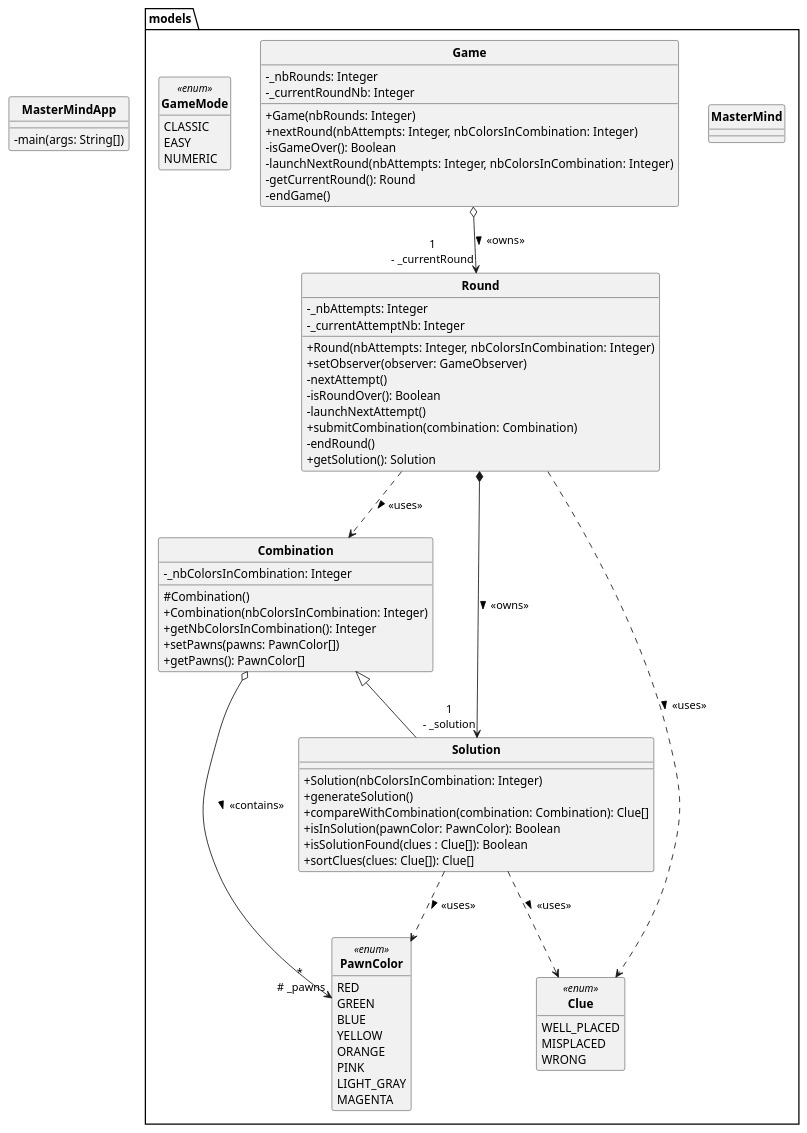
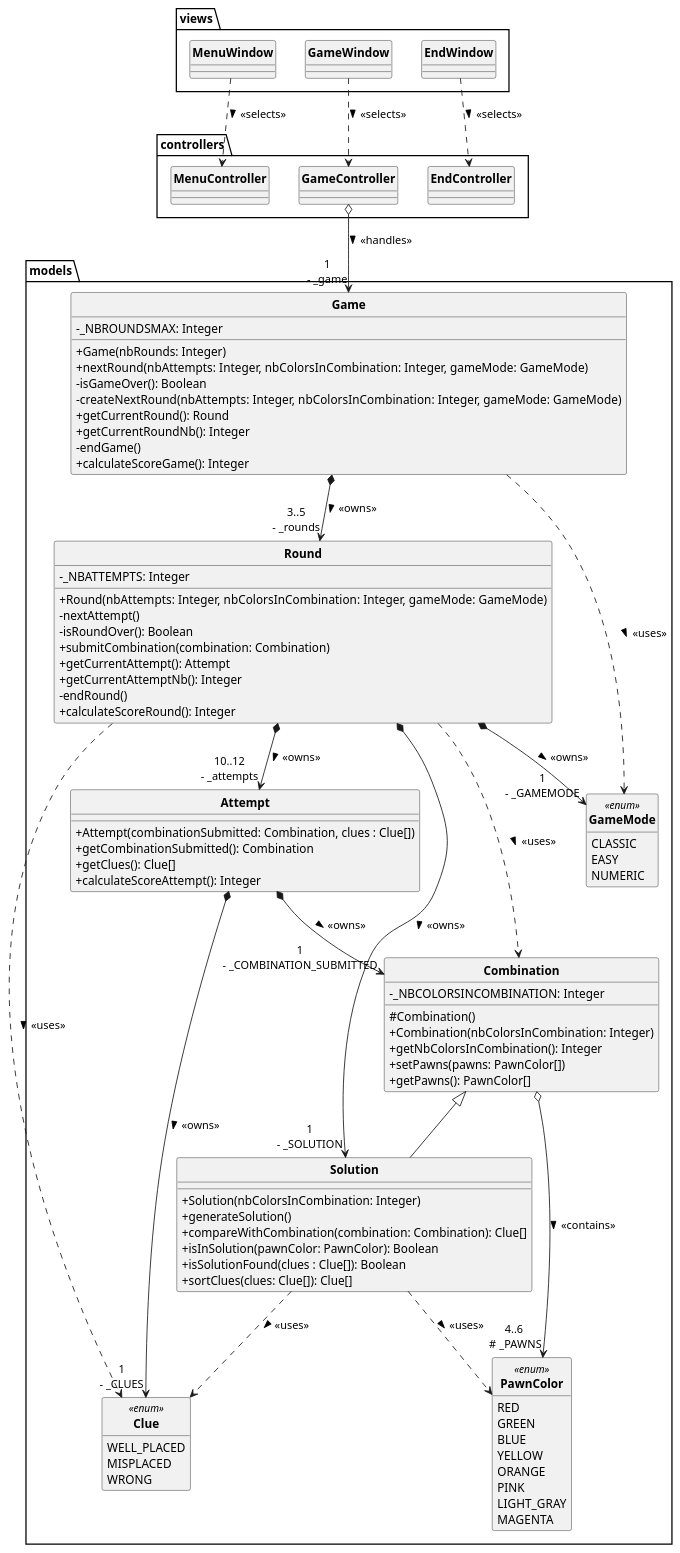
One commit to Robin3711/mastermind changed the diagram in diags/masterMindFirstDiag.puml. Above: the diagram before and after it, drawn with PlantUML. The commit also changed 4 other files, not shown here.

Commit message:
Post rendu 1, code non cohérent avec UML

```diff
--- a/diags/masterMindFirstDiag.puml
+++ b/diags/masterMindFirstDiag.puml
@@ -1,169 +1,131 @@
 @startuml
 
 skinparam style strictuml
 skinparam classAttributeIconSize 0
 skinparam classFontStyle Bold
 hide enum methods
 hide interface attributes
 
-class MasterMindApp {
-    - main(args: String[])
+package views {
+    class MenuWindow {}
+    class GameWindow {}
+    class EndWindow {}
+}
+
+package controllers {
+    class MenuController {}
+    class GameController {}
+    class EndController {}
 }
 
 package models {
-    class MasterMind {}
     class Game {
-        - _nbRounds: Integer
-        - _currentRoundNb: Integer
+        - _NBROUNDSMAX: Integer
         + Game(nbRounds: Integer)
-        '+ updateWinRound()
-        '+ updateLoseRound()
-        '+ updateForfeitRound()
-        + nextRound(nbAttempts: Integer, nbColorsInCombination: Integer)
+        + nextRound(nbAttempts: Integer, nbColorsInCombination: Integer, gameMode: GameMode)
         - isGameOver(): Boolean
-        - launchNextRound(nbAttempts: Integer, nbColorsInCombination: Integer)
-        - getCurrentRound(): Round
+        - createNextRound(nbAttempts: Integer, nbColorsInCombination: Integer, gameMode: GameMode)
+        + getCurrentRound(): Round
+        + getCurrentRoundNb(): Integer
         - endGame()
+        + calculateScoreGame(): Integer
     }
     class Round {
-        - _nbAttempts: Integer
-        - _currentAttemptNb: Integer
-        + Round(nbAttempts: Integer, nbColorsInCombination: Integer)
-        + setObserver(observer: GameObserver)
-        '- notifyWinRound()
-        '- notifyLoseRound(score: Integer)
-        '- notifyForfeitRound()
+        - _NBATTEMPTS: Integer
+        + Round(nbAttempts: Integer, nbColorsInCombination: Integer, gameMode: GameMode)
         - nextAttempt()
         - isRoundOver(): Boolean
-        - launchNextAttempt()
         + submitCombination(combination: Combination)
-        '- winRound()
-        '- loseRound()
-        '- forfeitRound()
+        + getCurrentAttempt(): Attempt
+        + getCurrentAttemptNb(): Integer
         - endRound()
-        + getSolution(): Solution
+        + calculateScoreRound(): Integer
     }
     class Combination {
-        - _nbColorsInCombination: Integer
+        - _NBCOLORSINCOMBINATION: Integer
         # Combination()
         + Combination(nbColorsInCombination: Integer)
         + getNbColorsInCombination(): Integer
         + setPawns(pawns: PawnColor[])
         + getPawns(): PawnColor[]
     }
     class Solution extends Combination {
         + Solution(nbColorsInCombination: Integer)
         + generateSolution()
         + compareWithCombination(combination: Combination): Clue[]
         + isInSolution(pawnColor: PawnColor): Boolean
         + isSolutionFound(clues : Clue[]): Boolean
         + sortClues(clues: Clue[]): Clue[]
     }
-    /'
-    class GenerateCluesFactory {
-        + createClassic(): GenerateCluesStrategy
-        + createEasy(): GenerateCluesStrategy
+    class Attempt {
+        + Attempt(combinationSubmitted: Combination, clues : Clue[])
+        + getCombinationSubmitted(): Combination
+        + getClues(): Clue[]
+        + calculateScoreAttempt(): Integer
     }
-    class GenerateCluesClassic extends GenerateCluesTemplate implements GenerateCluesStrategy {
-        + CluesClassic()
-        + generateAdaptedClues(combinationSubmitted: Combination): Clue[]
-    }
-    class GenerateCluesEasy extends GenerateCluesTemplate implements GenerateCluesStrategy {
-        + CluesEasy()
-        + generateAdaptesClues(combinationSubmitted: Combination): Clue[]
-    }
-    class GenerateCluesTemplate {
-        + generateClues(combinationSubmitted: Combination): Clue[]
-    }
-
-    interface GenerateCluesStrategy <<interface>> {
-        + generateAdaptedClues(combinationSubmitted: Combination): Clue[]
-    }
-    '/
-
-    /'
-    interface RoundObserver <<interface>> {
-        + updateWinRound()
-        + updateLoseRound(score: Integer)
-        + updateForfeitRound()
-    }
-    '/
 
     enum PawnColor <<enum>> {
         RED
         GREEN
         BLUE
         YELLOW
         ORANGE
         PINK
         LIGHT_GRAY
         MAGENTA
     }
     enum GameMode <<enum>> {
         CLASSIC
         EASY
         NUMERIC
     }
     enum Clue <<enum>> {
         WELL_PLACED
         MISPLACED
         WRONG
     }
 }
 
 'Relations
 
+'Views
+
+'MenuWindow
+MenuWindow ..> MenuController : > <<selects>>
+
+'GameWindow
+GameWindow ..> GameController : > <<selects>>
+
+'EndWindow
+EndWindow ..> EndController : > <<selects>>
+
+'Controllers
+
+'GameController
+GameController o--> "1\n- _game" Game : > <<handles>>
+
 'Models
 
 'Game
-Game o--> "1\n- _currentRound" Round : > <<owns>>
+Game *--> "3..5\n- _rounds" Round : > <<owns>>
+Game ..> GameMode : > <<uses>>
 
 'Round
-Round *--> "1\n- _solution" Solution : > <<owns>>
-'Relation avec observer dans la partie GameObserver
+Round *--> "1\n- _SOLUTION" Solution : > <<owns>>
+Round *--> "10..12\n- _attempts" Attempt : > <<owns>>
+Round *--> "1\n- _GAMEMODE" GameMode : > <<owns>>
 Round ..> Combination : > <<uses>>
 Round ..> Clue : > <<uses>>
 
 'Combination
-Combination o--> "*\n # _pawns" PawnColor : > <<contains>>
+Combination o--> "4..6\n # _PAWNS" PawnColor : > <<contains>>
 
 'Solution
 Solution ..> PawnColor : > <<uses>>
 Solution ..> Clue : > <<uses>>
 
-'RoundObserver
-'RoundObserver <--o "*\n- _roundObserver" Round : > <<observes>>
-
-/'
-'GenerateCluesFactory
-GenerateCluesFactory ..> GenerateCluesClassic : > <<uses>>
-GenerateCluesFactory ..> GenerateCluesEasy : > <<uses>>
-GenerateCluesFactory ..> GenerateCluesStrategy : > <<uses>>
-
-'GenerateCluesClassic
-GenerateCluesClassic ..> Clue : > <<uses>>
-
-'GenerateCluesEasy
-GenerateCluesEasy ..> Clue : > <<uses>>
-
-'GenerateCluesStrategy
-GenerateCluesStrategy ..> Clue : > <<uses>>
-
-'GenerateCluesTemplate
-GenerateCluesTemplate ..> Clue : > <<uses>>
-'/
-
-'Gestion des stratégies dans la vue, mais génération des indices dans le modèle
-'C'est le modèle qui renvoit les indices à la vue (triés ou non)
-'Tous les Round d'une même instance de Game ont des attributs communs, donc stocker dans Game ?
-'Stocker toutes les tentatives de la partie
-'Stocker tous les indices obtenus
-'Stocker tous les Round de la partie
-'Dictionnaire de dictionnaires ?
-'Comment prévenir Game que Round est terminé ?
-'Classe Attempt
-
-'Finir modèles pour le mardi 5 inclus
-'Finir vues et controllers pour le dimanche 10 inclus (rendu 1)
+'Attempt
+Attempt *--> "1\n- _COMBINATION_SUBMITTED" Combination : > <<owns>>
+Attempt *--> "1\n- _CLUES" Clue : > <<owns>>
 
 @enduml
```
